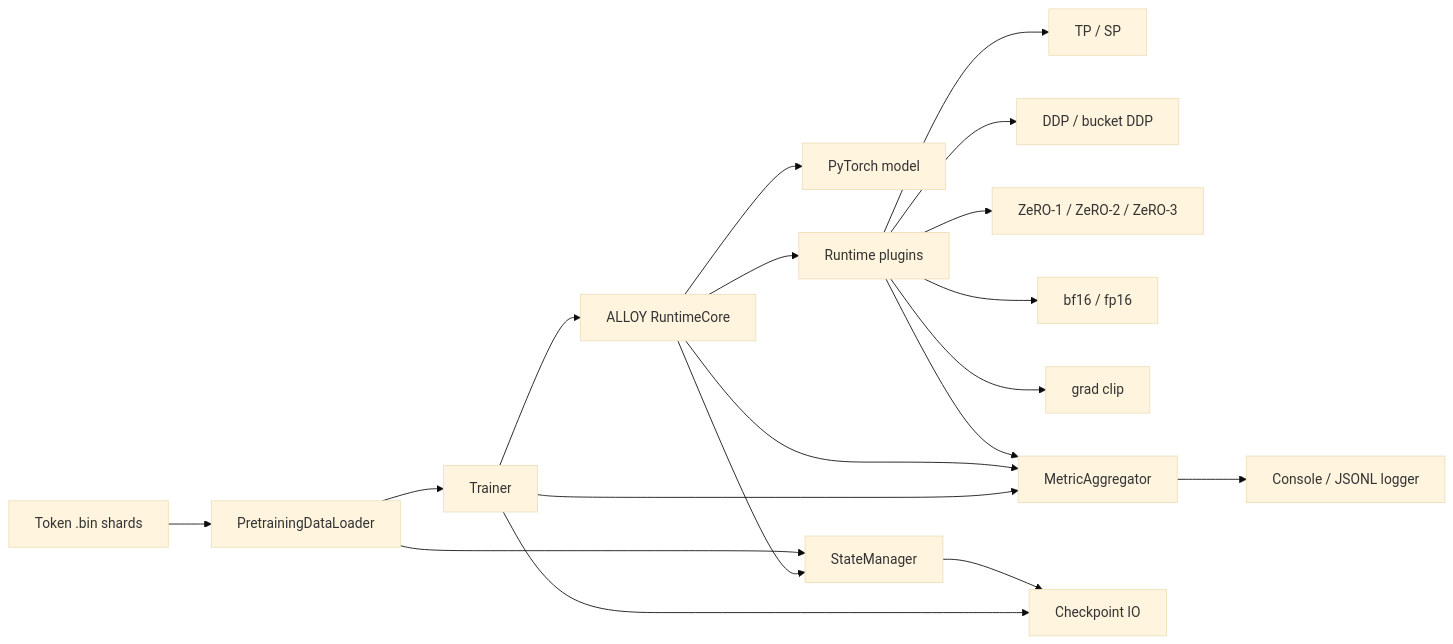
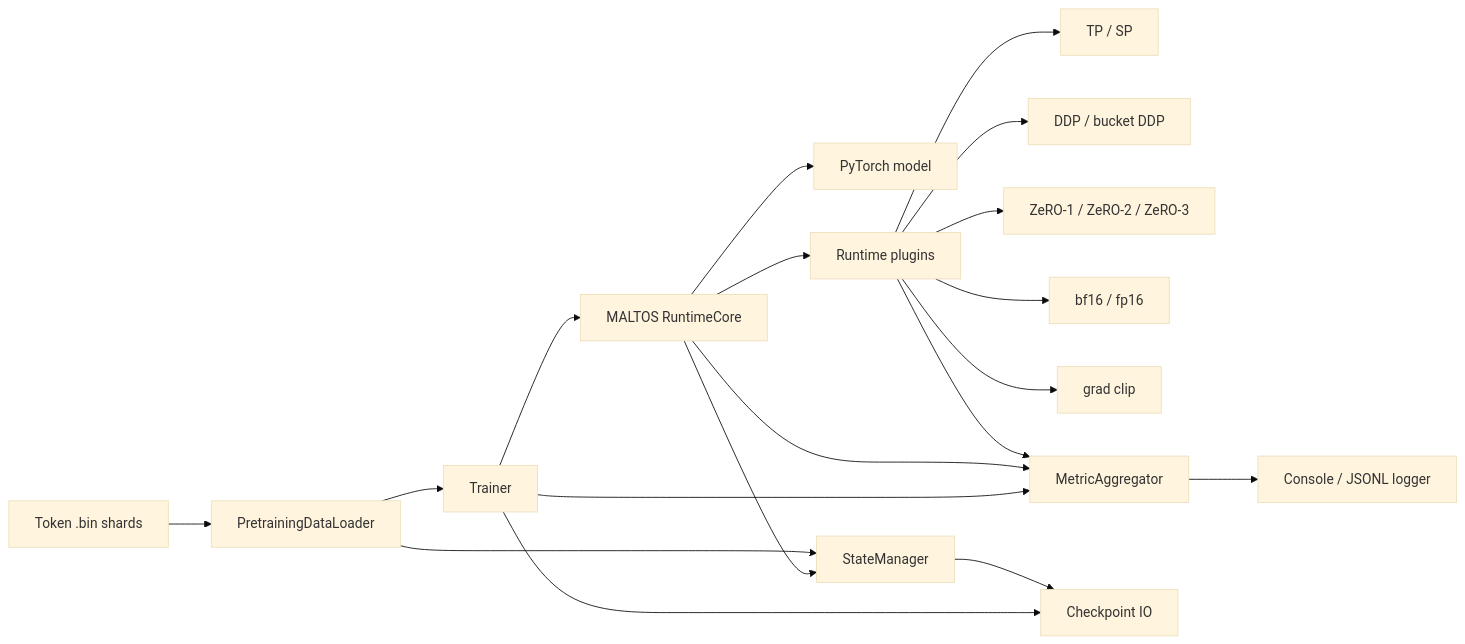
One commit to xing7code/maltos changed the first of 2 diagrams in README.md. Above: the diagram before and after it, drawn with Mermaid (base theme). The commit also changed other lines of this file and 4 other files, not shown here.

````diff
--- a/README.md
+++ b/README.md
@@ -65,25 +64,25 @@
 ```mermaid
 flowchart LR
     shards["Token .bin shards"] --> loader["PretrainingDataLoader"]
     loader --> trainer["Trainer"]
 
-    trainer --> runtime["ALLOY RuntimeCore"]
+    trainer --> runtime["MALTOS RuntimeCore"]
     runtime --> model["PyTorch model"]
     runtime --> plugins["Runtime plugins"]
     runtime --> state["StateManager"]
 
     plugins --> tp["TP / SP"]
     plugins --> dp["DDP / bucket DDP"]
     plugins --> zero["ZeRO-1 / ZeRO-2 / ZeRO-3"]
     plugins --> precision["bf16 / fp16"]
     plugins --> clip["grad clip"]
 
     trainer --> metrics["MetricAggregator"]
     runtime --> metrics
     plugins --> metrics
     metrics --> logger["Console / JSONL logger"]
 
     trainer --> ckpt["Checkpoint IO"]
     state --> ckpt
     loader --> state
 ```
````
